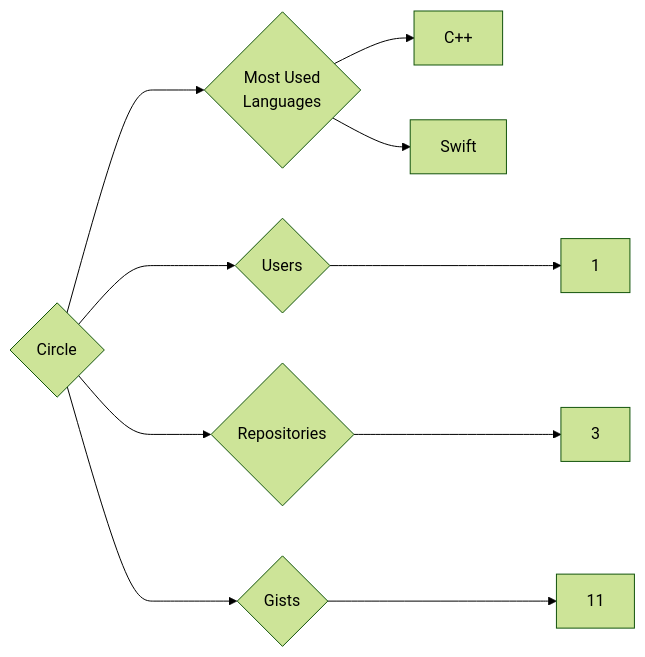
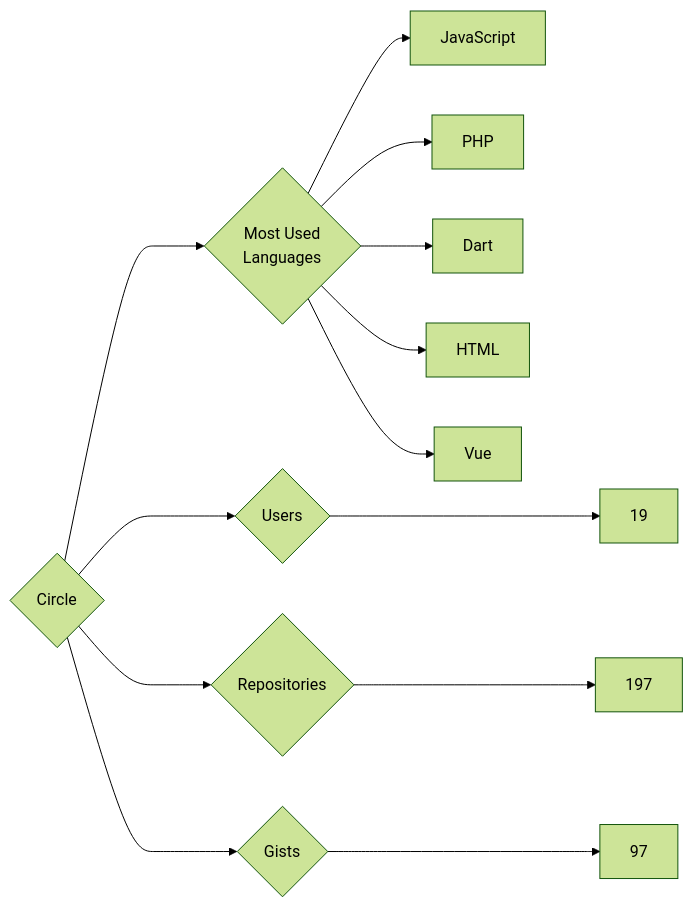
One commit to trickest/insiders changed the diagram in targets/Circle/README.md. Above: the diagram before and after it, drawn with Mermaid (forest theme). The commit also changed 826 other files, not shown here.

````diff
--- a/targets/Circle/README.md
+++ b/targets/Circle/README.md
@@ -3,10 +3,13 @@
 ```mermaid
 graph LR
 COMPANY_NAME{Circle}
-COMPANY_NAME ---> U{Users} ---> UN[1]
-COMPANY_NAME ---> R{Repositories} ---> RN[3]
-COMPANY_NAME ---> G{Gists} ---> GN[11]
+COMPANY_NAME ---> U{Users} ---> UN[19]
+COMPANY_NAME ---> R{Repositories} ---> RN[197]
+COMPANY_NAME ---> G{Gists} ---> GN[97]
 COMPANY_NAME ---> ML{Most Used<br>Languages}
-ML --> C++[C++]
-ML --> Swift[Swift]
+ML --> JavaScript[JavaScript]
+ML --> PHP[PHP]
+ML --> Dart[Dart]
+ML --> HTML[HTML]
+ML --> Vue[Vue]
 ```
````
